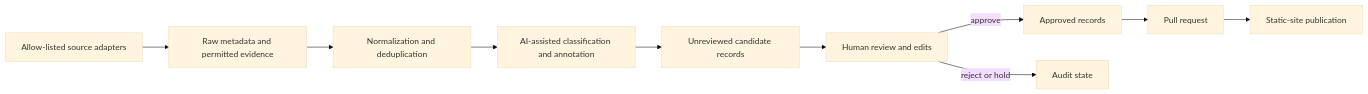
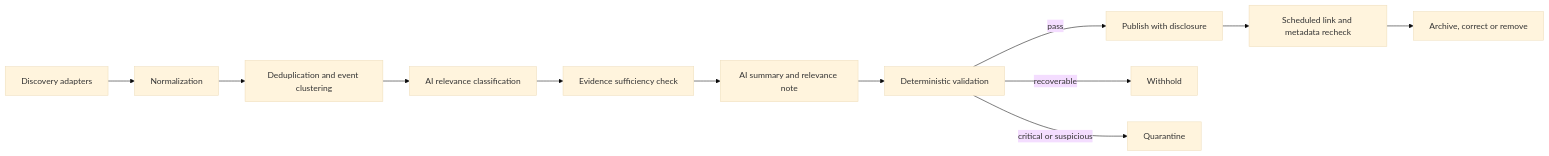
Before and after one commit to Andrewsudmant/CCL-Lab-Website: the diagram in docs/architecture.md, drawn with Mermaid (base theme). The commit also changed other lines of this file and 8 other files, not shown here.

````diff
--- a/docs/architecture.md
+++ b/docs/architecture.md
@@ -23,12 +15,14 @@
 ```mermaid
 flowchart LR
-    A["Allow-listed source adapters"] --> B["Raw metadata and permitted evidence"]
-    B --> C["Normalization and deduplication"]
-    C --> D["AI-assisted classification and annotation"]
-    D --> E["Unreviewed candidate records"]
-    E --> F["Human review and edits"]
-    F -->|approve| G["Approved records"]
-    F -->|reject or hold| H["Audit state"]
-    G --> I["Pull request"]
-    I --> J["Static-site publication"]
+    A["Discovery adapters"] --> B["Normalization"]
+    B --> C["Deduplication and event clustering"]
+    C --> D["AI relevance classification"]
+    D --> E["Evidence sufficiency check"]
+    E --> F["AI summary and relevance note"]
+    F --> G["Deterministic validation"]
+    G -->|pass| H["Publish with disclosure"]
+    G -->|recoverable| I["Withhold"]
+    G -->|critical or suspicious| J["Quarantine"]
+    H --> K["Scheduled link and metadata recheck"]
+    K --> L["Archive, correct or remove"]
 ```
````
